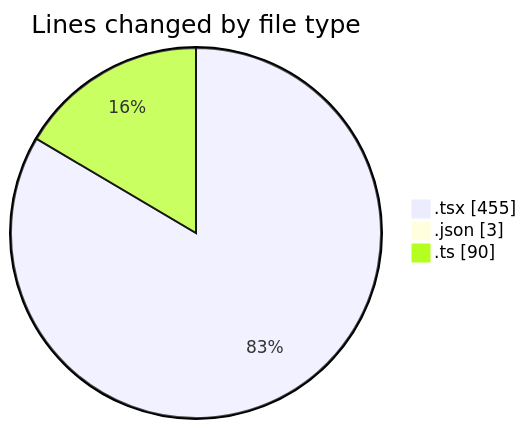
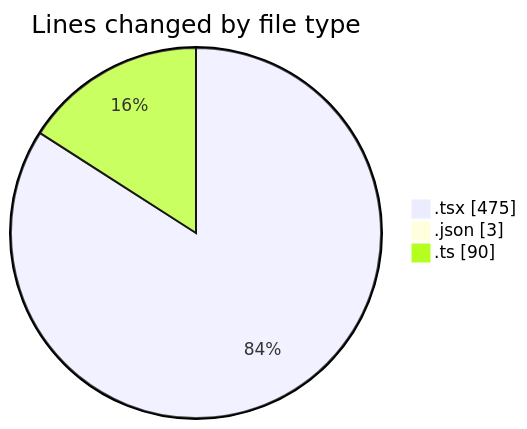
One commit to robertbonfada/code-tracking changed the first of 2 diagrams in 2025-01-21/mbc-web/README.md. Above: the diagram before and after it, drawn with Mermaid. The commit also changed other lines of this file and 1 other file, not shown here.

````diff
--- a/2025-01-21/mbc-web/README.md
+++ b/2025-01-21/mbc-web/README.md
@@ -35,7 +35,7 @@
 ```mermaid
 pie showData
 title Lines changed by file type
-".tsx" : 455
+".tsx" : 475
 ".json" : 3
 ".ts" : 90
 ```
````
